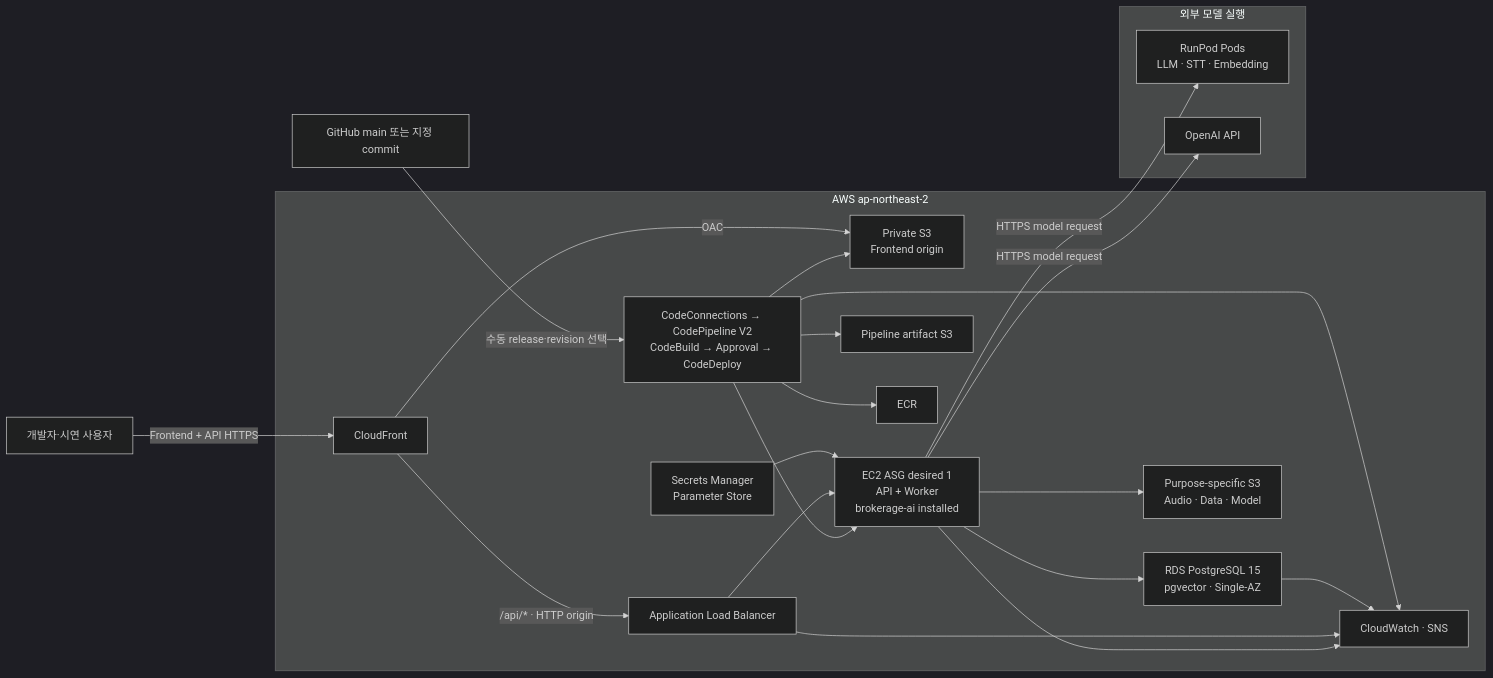
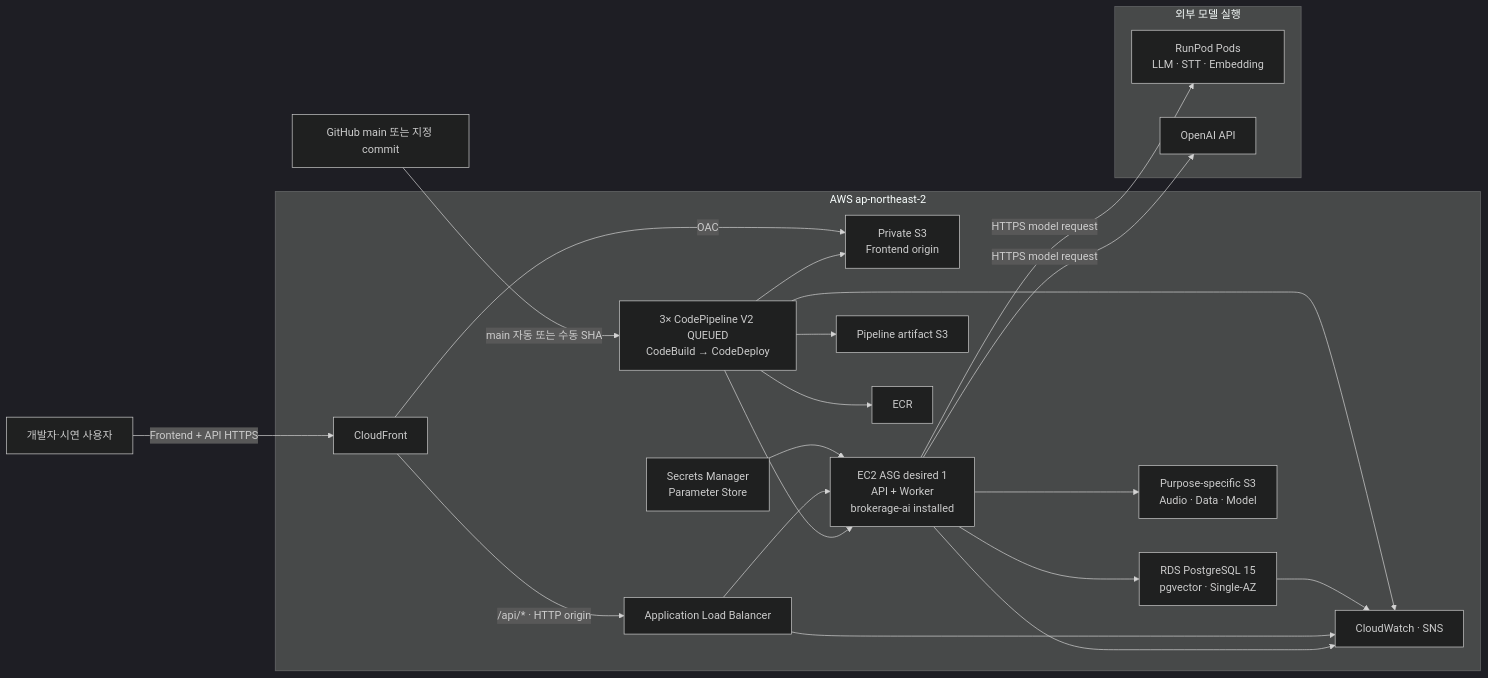
Before and after one commit to SKNETWORKS-FAMILY-AICAMP/SKN30-FINAL-3Team: the first of 3 diagrams in docs/architecture/infra/overview.md, drawn with Mermaid (dark theme). The commit also changed other lines of this file and 77 other files, not shown here.

````diff
--- a/docs/architecture/infra/overview.md
+++ b/docs/architecture/infra/overview.md
@@ -65,43 +65,43 @@
 ```mermaid
 flowchart LR
     user["개발자·시연 사용자"]
     github["GitHub main 또는 지정 commit"]
 
     subgraph aws["AWS ap-northeast-2"]
         cf["CloudFront"]
         webS3["Private S3\nFrontend origin"]
         alb["Application Load Balancer"]
         ec2["EC2 ASG desired 1\nAPI + Worker\nbrokerage-ai installed"]
         rds["RDS PostgreSQL 15\npgvector · Single-AZ"]
         dataS3["Purpose-specific S3\nAudio · Data · Model"]
         obs["CloudWatch · SNS"]
         secret["Secrets Manager\nParameter Store"]
-        pipeline["CodeConnections → CodePipeline V2\nCodeBuild → Approval → CodeDeploy"]
+        pipeline["3× CodePipeline V2 QUEUED\nCodeBuild → CodeDeploy"]
         artifact["Pipeline artifact S3"]
         ecr["ECR"]
     end
 
     subgraph external["외부 모델 실행"]
         runpod["RunPod Pods\nLLM · STT · Embedding"]
         openai["OpenAI API"]
     end
 
-    github -->|"수동 release·revision 선택"| pipeline
+    github -->|"main 자동 또는 수동 SHA"| pipeline
     pipeline --> artifact
     pipeline --> ecr
     pipeline --> webS3
     pipeline --> ec2
     user -->|"Frontend + API HTTPS"| cf
     cf -->|"OAC"| webS3
     cf -->|"/api/* · HTTP origin"| alb
     alb --> ec2
     ec2 --> rds
     ec2 --> dataS3
     ec2 -->|"HTTPS model request"| runpod
     ec2 -->|"HTTPS model request"| openai
     secret --> ec2
     ec2 --> obs
     alb --> obs
     rds --> obs
     pipeline --> obs
 ```
````
